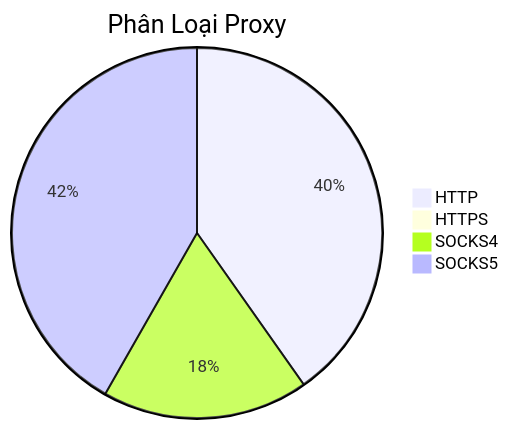
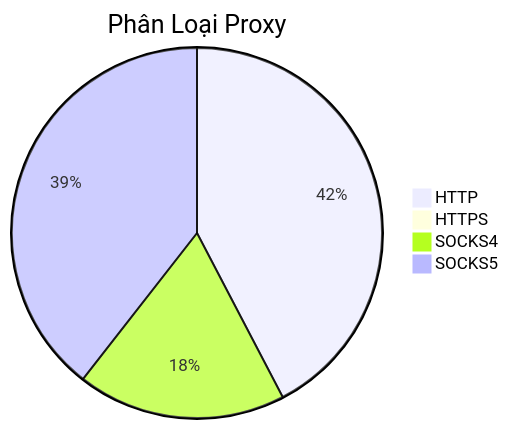
One commit to Ciara-12/PROXY-free changed the diagram in README.md. Above: the diagram before and after it, drawn with Mermaid. The commit also changed other lines of this file and 3 other files, not shown here.

````diff
--- a/README.md
+++ b/README.md
@@ -26,7 +26,7 @@
 ```mermaid
 pie title Phân Loại Proxy
-    "HTTP" : 556
+    "HTTP" : 674
     "HTTPS" : 0
-    "SOCKS4" : 249
-    "SOCKS5" : 577
+    "SOCKS4" : 290
+    "SOCKS5" : 628
 ```
````
